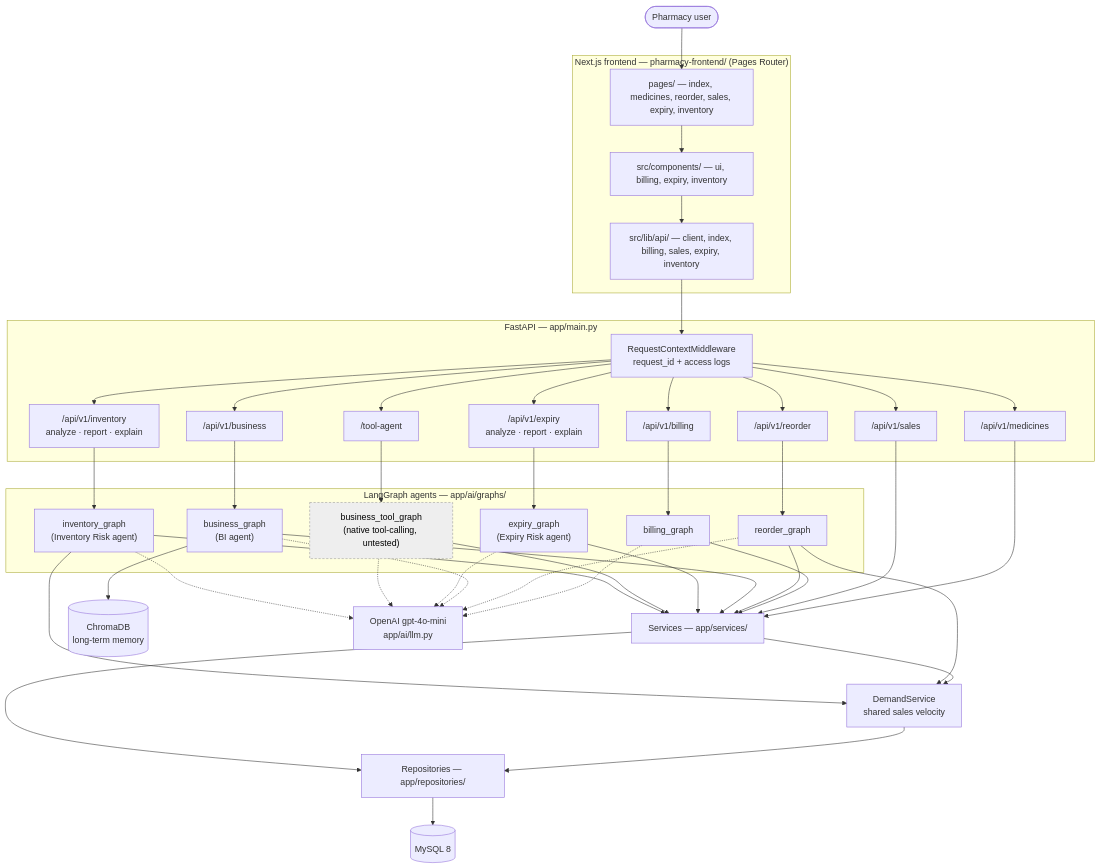
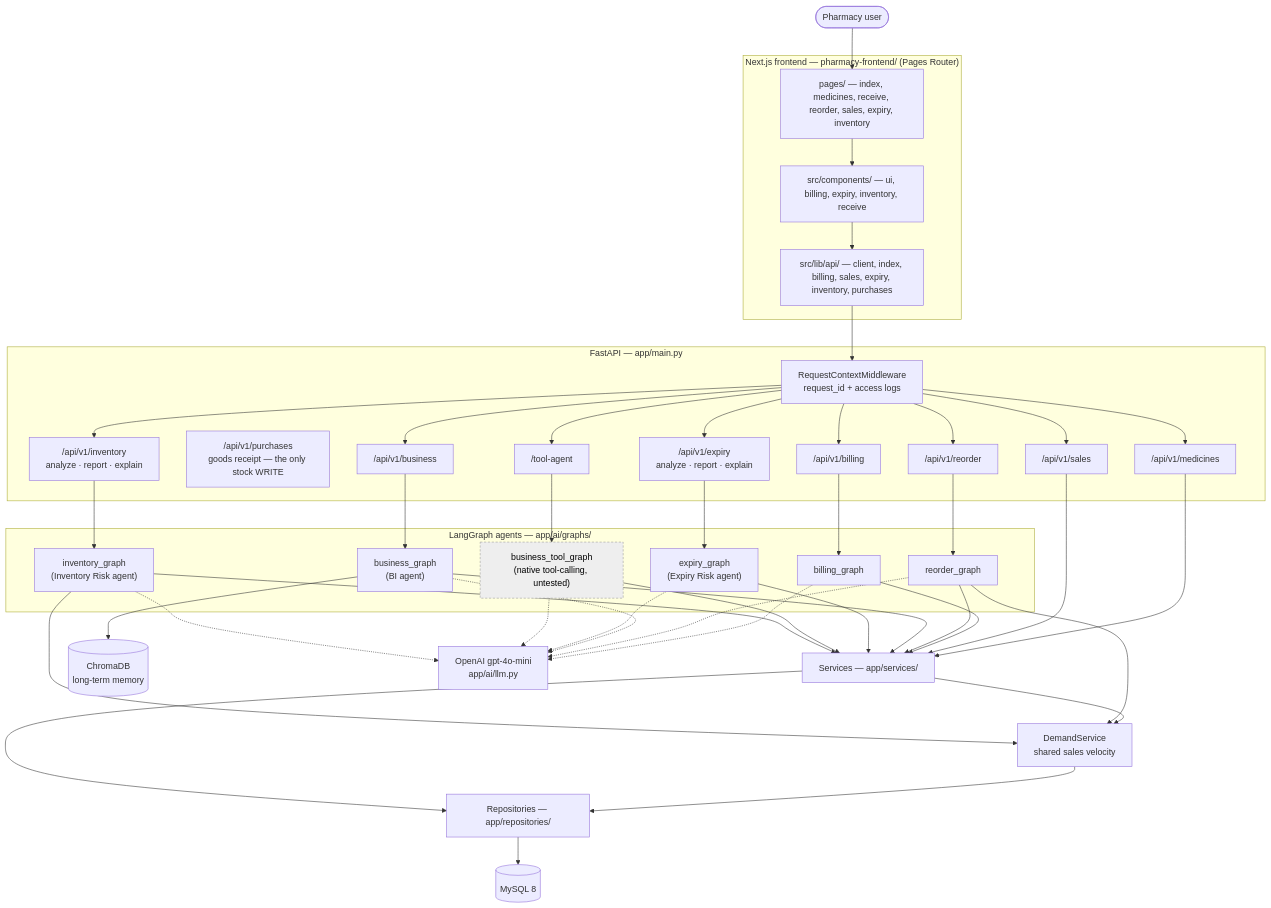
Before and after one commit to anurag-main/AI-Powered-Connected-Pharmacy-Ecosystem: the first of 2 diagrams in docs/architecture.md, drawn with Mermaid. The commit also changed other lines of this file and 22 other files, not shown here.

First line of the commit message:
Goods receipt - stock can finally go INTO the system

```diff
--- a/docs/architecture.md
+++ b/docs/architecture.md
@@ -18,14 +18,15 @@
     USER([Pharmacy user])
 
     subgraph FE["Next.js frontend — pharmacy-frontend/ (Pages Router)"]
-        PG["pages/ — index, medicines, reorder, sales, expiry, inventory"]
-        CMP["src/components/ — ui, billing, expiry, inventory"]
-        APIC["src/lib/api/ — client, index, billing, sales, expiry, inventory"]
+        PG["pages/ — index, medicines, receive, reorder, sales, expiry, inventory"]
+        CMP["src/components/ — ui, billing, expiry, inventory, receive"]
+        APIC["src/lib/api/ — client, index, billing, sales, expiry, inventory, purchases"]
     end
 
     subgraph API["FastAPI — app/main.py"]
         MW["RequestContextMiddleware<br/>request_id + access logs"]
         R1["/api/v1/medicines"]
+        R9["/api/v1/purchases<br/>goods receipt — the only stock WRITE"]
         R2["/api/v1/billing"]
         R3["/api/v1/reorder"]
         R4["/api/v1/business"]
```
